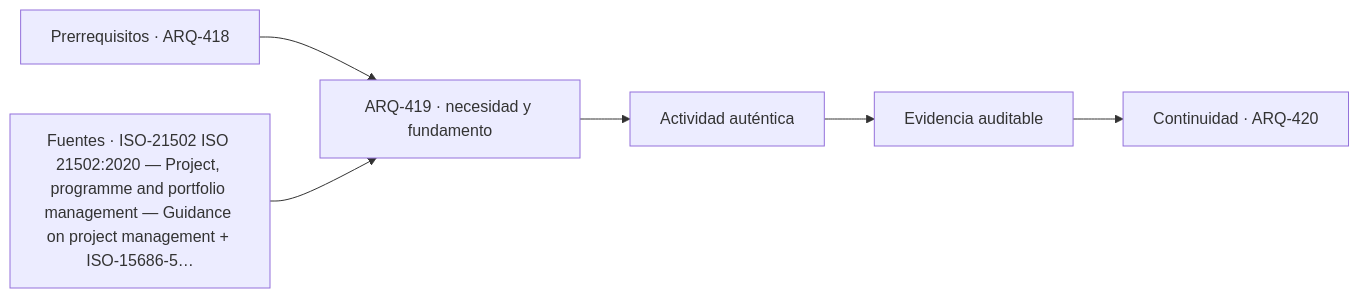
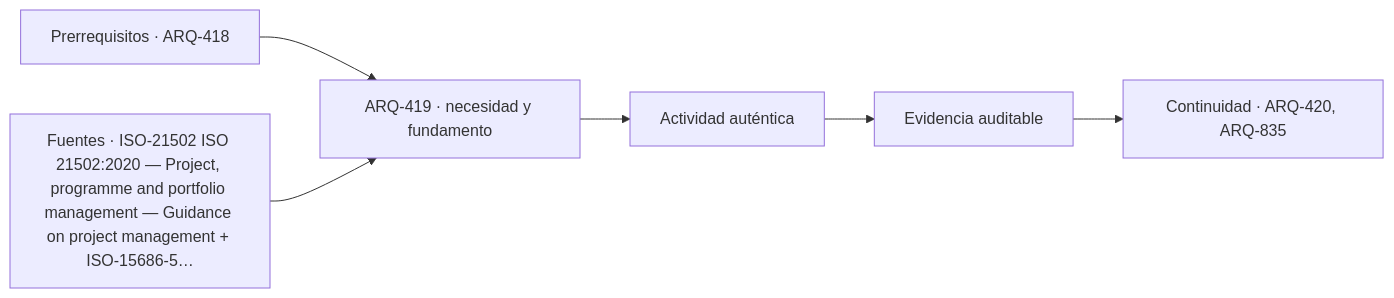
The diagram in classes/parte-42/ARQ-419.md (vladimiracunadev-create/architecture-built-environment-learning-program), drawn with Mermaid before and after one commit. The commit also changed other lines of this file and 182 other files, not shown here.

````diff
--- a/classes/parte-42/ARQ-419.md
+++ b/classes/parte-42/ARQ-419.md
@@ -87,8 +87,8 @@
 ```mermaid
 flowchart LR
     A["Prerrequisitos · ARQ-418"] --> B["ARQ-419 · necesidad y fundamento"]
     S["Fuentes · ISO-21502 ISO 21502:2020 — Project, programme and portfolio management — Guidance on project management + ISO-15686-5…"] --> B
     B --> C["Actividad auténtica"]
     C --> D["Evidencia auditable"]
-    D --> E["Continuidad · ARQ-420"]
+    D --> E["Continuidad · ARQ-420, ARQ-835"]
 ```
````
